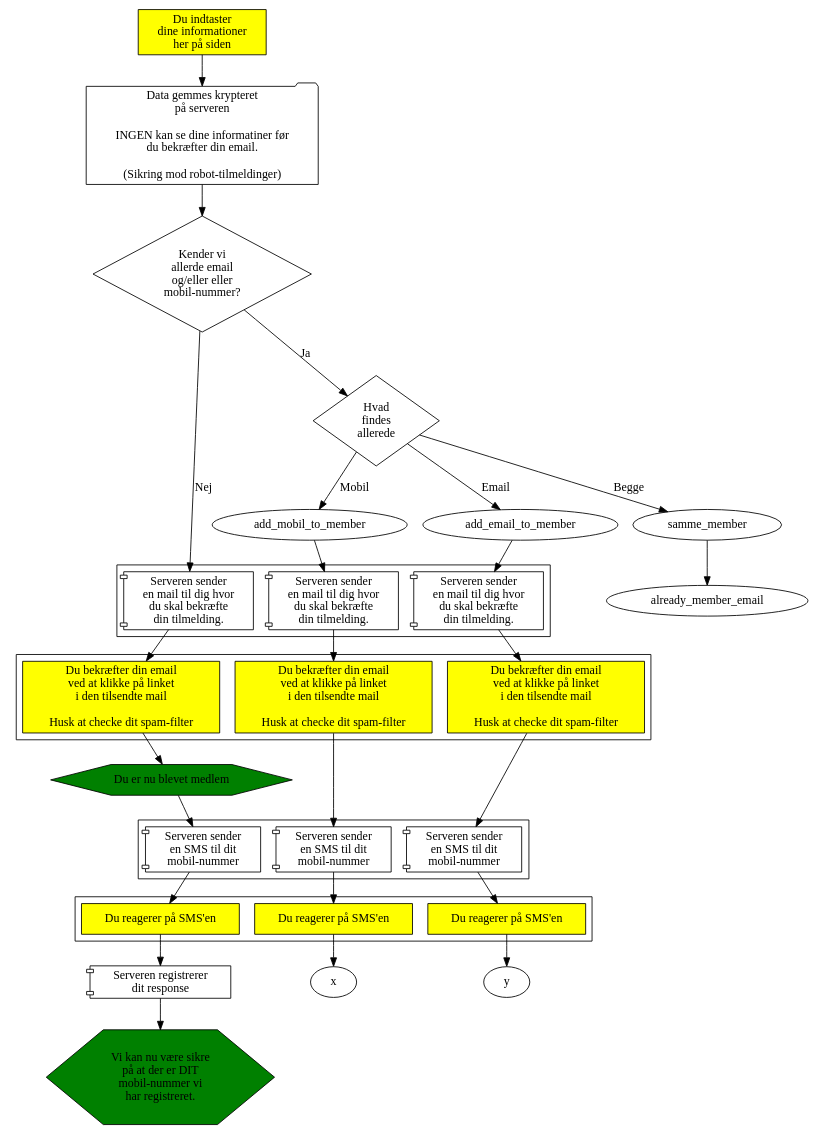
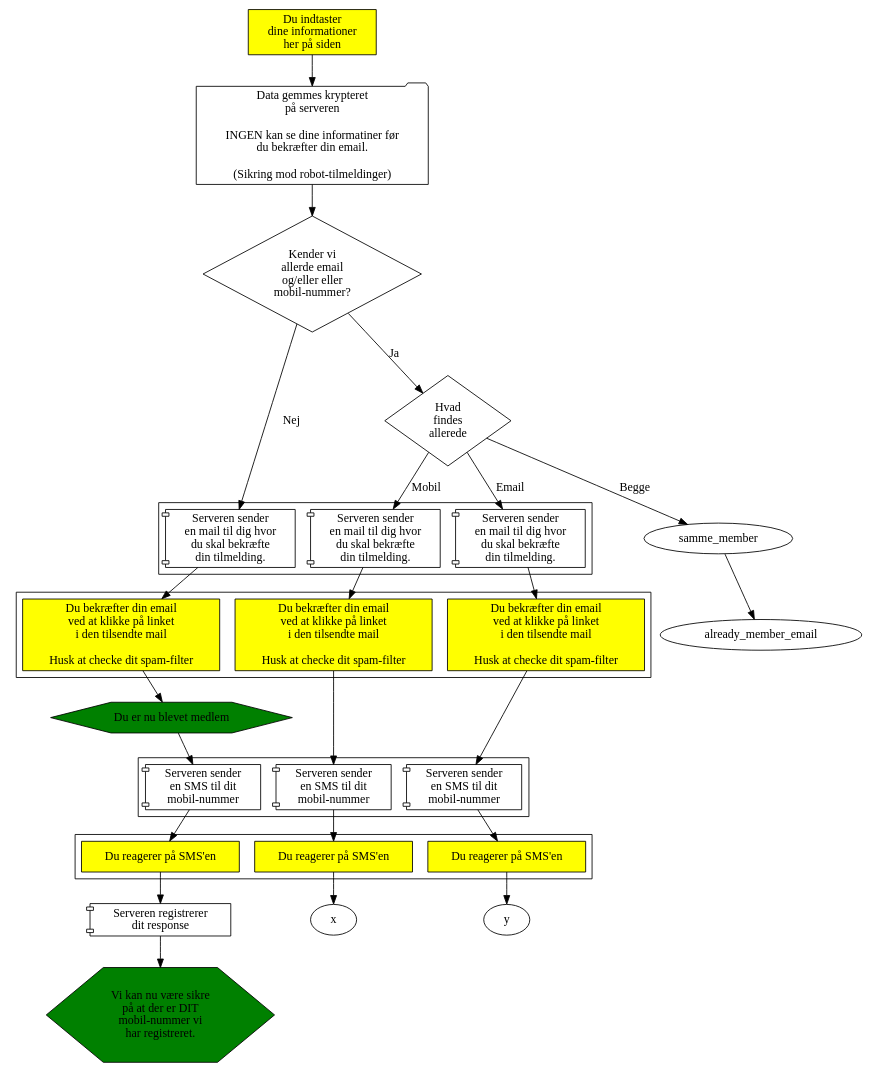
Before and after one commit to alslug/alslug.dk: the diagram in medlemskab/indmeldelse.dot, drawn with Graphviz.

```diff
--- a/medlemskab/indmeldelse.dot
+++ b/medlemskab/indmeldelse.dot
@@ -1,56 +1,56 @@
 digraph indmeldelse {
   { # Dine handlinger
     node [ shape=box style=filled fillcolor=yellow ];
     indtast                [label="Du indtaster\ndine informationer\nher på siden"];
     subgraph cluster_server_sender_email {
       node          [label="Du bekræfter din email\nved at klikke på linket\ni den tilsendte mail\n\nHusk at checke dit spam-filter"];
       confirm_email_nyt_medlem;
       confirm_email_add_email;
       confirm_email_add_mobil;
     }
     subgraph cluster_server_sender_sms {
       node            [label="Du reagerer på SMS'en"];
       confirm_sms_nyt_medlem;
       confirm_sms_add_email;
       confirm_sms_add_mobil;
     }
   }
   send_tilmelding        [shape=folder label="Data gemmes krypteret\npå serveren\n\nINGEN kan se dine informatiner før\ndu bekræfter din email.\n\n(Sikring mod robot-tilmeldinger)"];
   { # Server-aktiviteter
     node [shape=component];
     subgraph cluster_server_sender_email {
       node [label="Serveren sender\nen mail til dig hvor\ndu skal bekræfte\ndin tilmelding."];
       server_sender_emai_nyt_medlem;
       server_sender_email_add_email;
       server_sender_email_add_mobil;
     }
     subgraph cluster_server_sender_sms {
       node      [label="Serveren sender\nen SMS til dit\nmobil-nummer"];
       server_sender_sms_nyt_medlem;
       server_sender_sms_add_email;
       server_sender_sms_add_mobil;
     }
     sms_confirmed          [label="Serveren registrerer\ndit response"];
   }
   { # Results
     node [shape=hexagon   style=filled fillcolor=green ];
     du_biver_medlem  [label="Du er nu blevet medlem"];
     mobile_ok        [label="Vi kan nu være sikre\npå at der er DIT\nmobil-nummer vi\nhar registreret."]; 
   }
   { # Valg
     node [shape=diamond];
     findes_allerede        [label="Kender vi\nallerde email\nog/eller eller\nmobil-nummer?"];
     hvad_findes_allerede   [label="Hvad\nfindes\nallerede"];
   }
 
   indtast -> send_tilmelding -> findes_allerede;
                                 findes_allerede -> server_sender_emai_nyt_medlem [label="Nej"];
                                                    server_sender_emai_nyt_medlem -> confirm_email_nyt_medlem -> du_biver_medlem -> server_sender_sms_nyt_medlem -> confirm_sms_nyt_medlem -> sms_confirmed -> mobile_ok;
                                 findes_allerede -> hvad_findes_allerede   [label="Ja"];
                                                    hvad_findes_allerede-> samme_member         [label="Begge"];
                                                                           samme_member -> already_member_email;
-                                                   hvad_findes_allerede -> add_mobil_to_member [label="Mobil"];
-                                                                           add_mobil_to_member -> server_sender_email_add_email  -> confirm_email_add_email -> server_sender_sms_add_email -> confirm_sms_add_email -> x;
-                                                   hvad_findes_allerede -> add_email_to_member [label="Email"];
-                                                                           add_email_to_member -> server_sender_email_add_mobil  -> confirm_email_add_mobil -> server_sender_sms_add_mobil -> confirm_sms_add_mobil -> y;
+                                                   hvad_findes_allerede -> server_sender_email_add_email [label="Mobil"];
+                                                                           server_sender_email_add_email  -> confirm_email_add_email -> server_sender_sms_add_email -> confirm_sms_add_email -> x;
+                                                   hvad_findes_allerede -> server_sender_email_add_mobil [label="Email"];
+                                                                           server_sender_email_add_mobil  -> confirm_email_add_mobil -> server_sender_sms_add_mobil -> confirm_sms_add_mobil -> y;
 }
```
